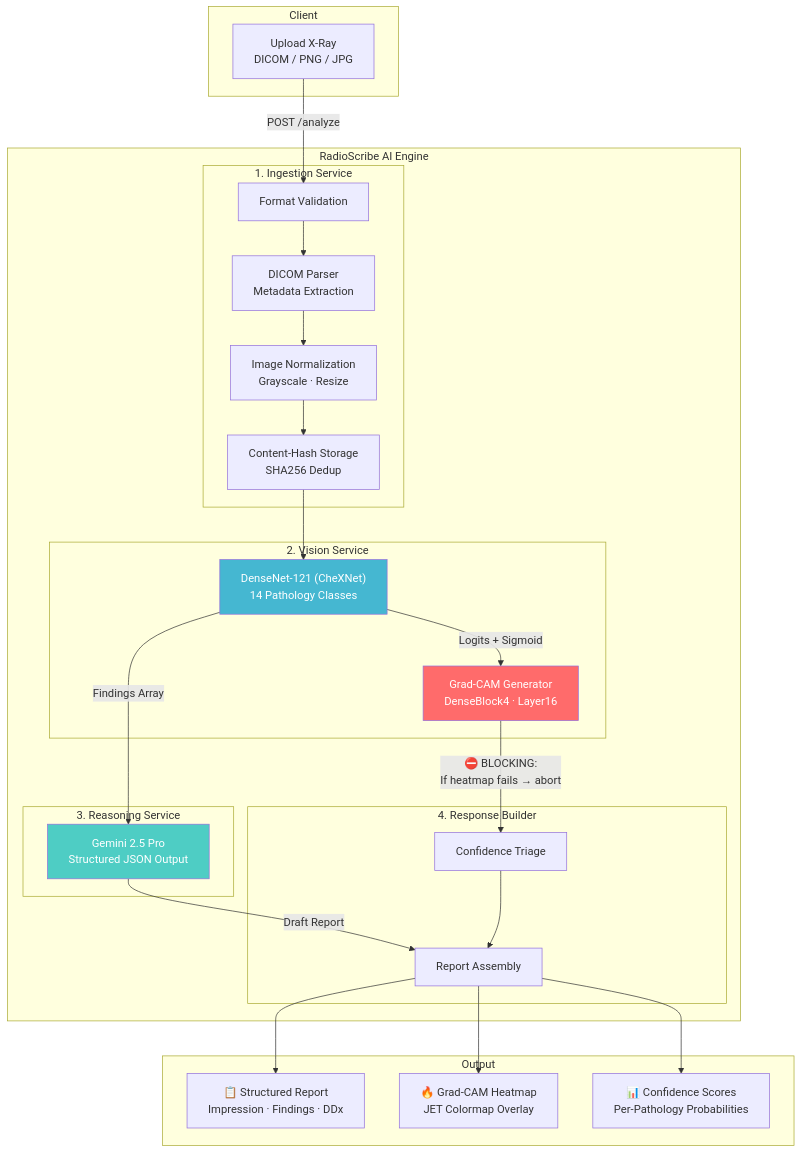
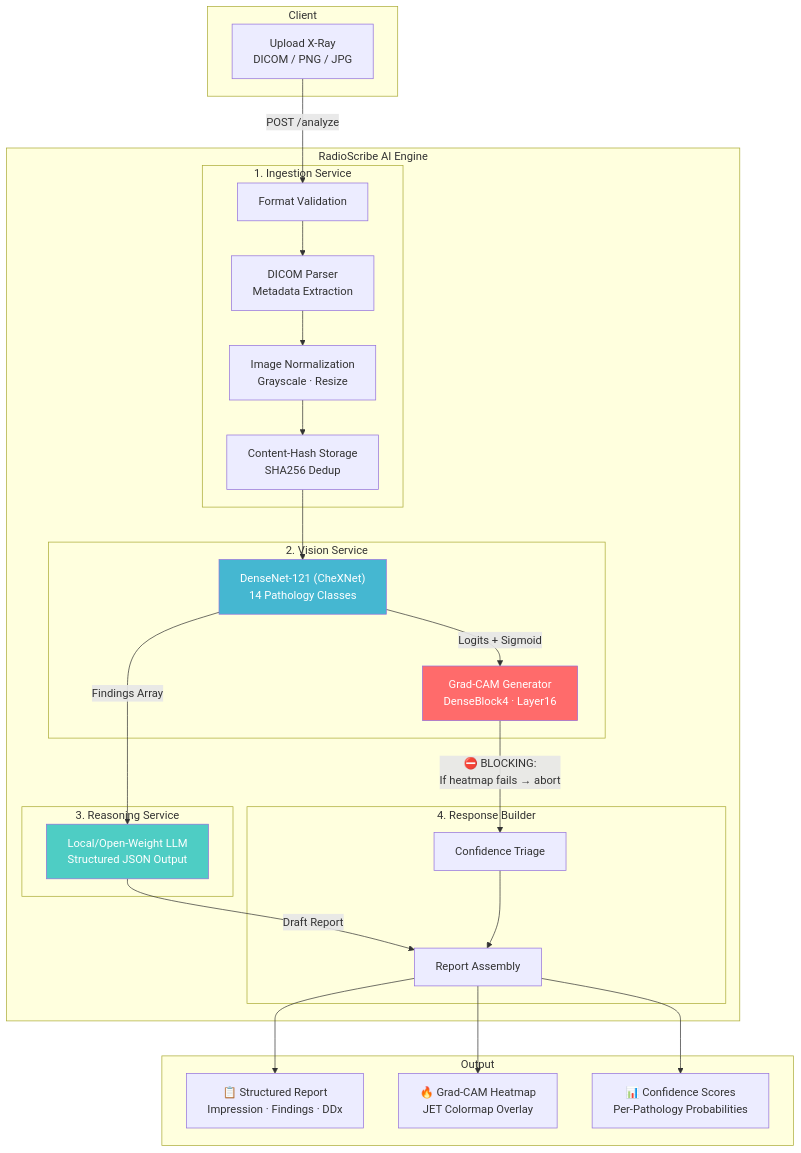
Before and after one commit to tryst181/radioscribe-ai: the diagram in README.md, drawn with Mermaid. The commit also changed other lines of this file and 12 other files, not shown here.

````diff
--- a/README.md
+++ b/README.md
@@ -64,49 +64,49 @@
 ```mermaid
 graph TB
     subgraph Client
         A[Upload X-Ray<br/>DICOM / PNG / JPG]
     end
 
     subgraph "RadioScribe AI Engine"
         subgraph "1. Ingestion Service"
             B[Format Validation]
             C[DICOM Parser<br/>Metadata Extraction]
             D[Image Normalization<br/>Grayscale · Resize]
             E[Content-Hash Storage<br/>SHA256 Dedup]
         end
 
         subgraph "2. Vision Service"
             F["DenseNet-121 (CheXNet)<br/>14 Pathology Classes"]
             G["Grad-CAM Generator<br/>DenseBlock4 · Layer16"]
         end
 
         subgraph "3. Reasoning Service"
-            H["Gemini 2.5 Pro<br/>Structured JSON Output"]
+            H["Local/Open-Weight LLM<br/>Structured JSON Output"]
         end
 
         subgraph "4. Response Builder"
             I[Confidence Triage]
             J[Report Assembly]
         end
     end
 
     subgraph Output
         K["📋 Structured Report<br/>Impression · Findings · DDx"]
         L["🔥 Grad-CAM Heatmap<br/>JET Colormap Overlay"]
         M["📊 Confidence Scores<br/>Per-Pathology Probabilities"]
     end
 
     A -->|POST /analyze| B
     B --> C --> D --> E
     E --> F
     F -->|Logits + Sigmoid| G
     G -->|"⛔ BLOCKING:<br/>If heatmap fails → abort"| I
     F -->|Findings Array| H
     H -->|Draft Report| J
     I --> J
     J --> K & L & M
 
     style G fill:#ff6b6b,color:#fff
     style H fill:#4ecdc4,color:#fff
     style F fill:#45b7d1,color:#fff
 ```
````
